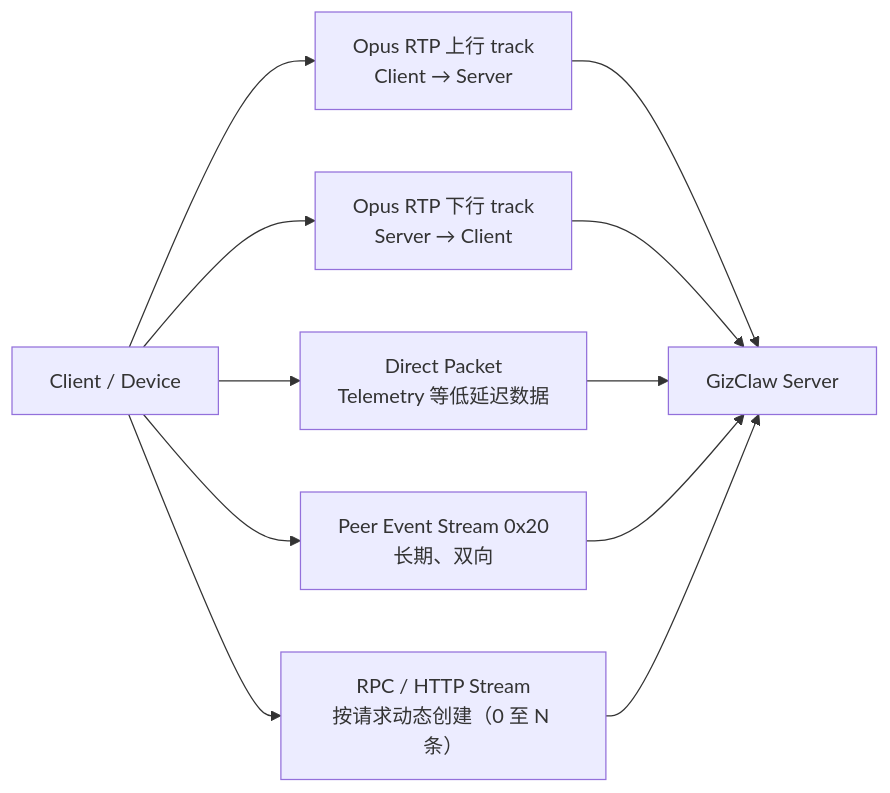
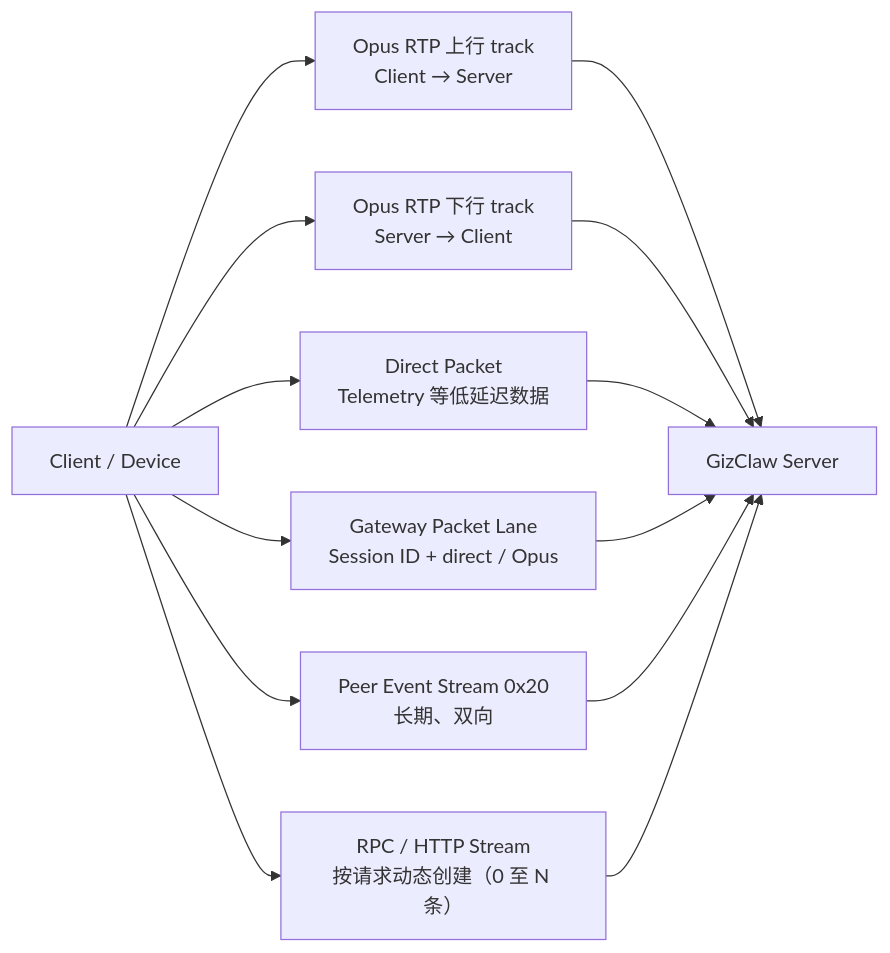
Before and after one commit to GizClaw/gizclaw: the diagram in guides/references/streams.md, drawn with Mermaid. The commit also changed other lines of this file and 52 other files, not shown here.

````diff
--- a/guides/references/streams.md
+++ b/guides/references/streams.md
@@ -5,8 +5,9 @@
 ```mermaid
 flowchart LR
     Client["Client / Device"] --> MediaUp["Opus RTP 上行 track<br/>Client → Server"] --> Server["GizClaw Server"]
     Client --> MediaDown["Opus RTP 下行 track<br/>Server → Client"] --> Server
     Client --> Packet["Direct Packet<br/>Telemetry 等低延迟数据"] --> Server
+    Client --> EdgePacket["Gateway Packet Lane<br/>Session ID + direct / Opus"] --> Server
     Client --> Events["Peer Event Stream 0x20<br/>长期、双向"] --> Server
     Client --> Services["RPC / HTTP Stream<br/>按请求动态创建（0 至 N 条）"] --> Server
 ```
````
